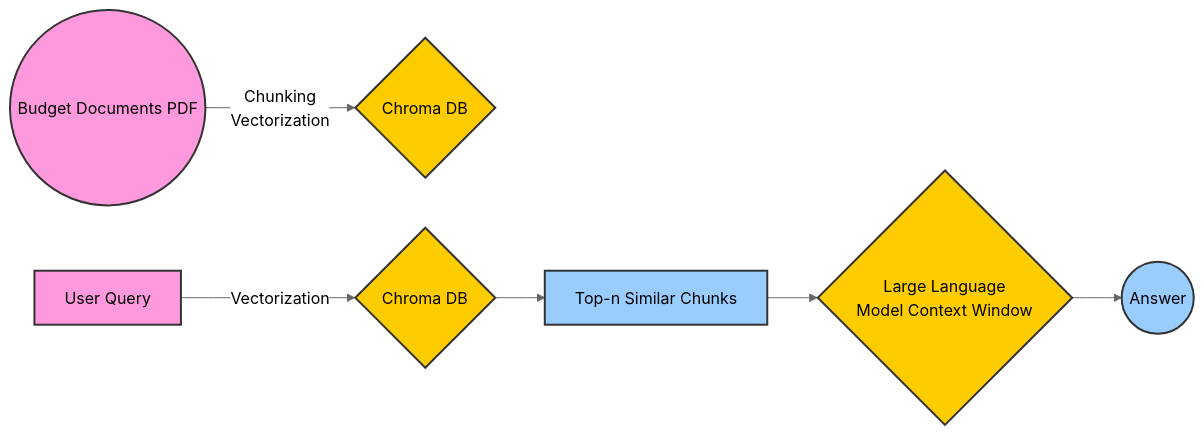
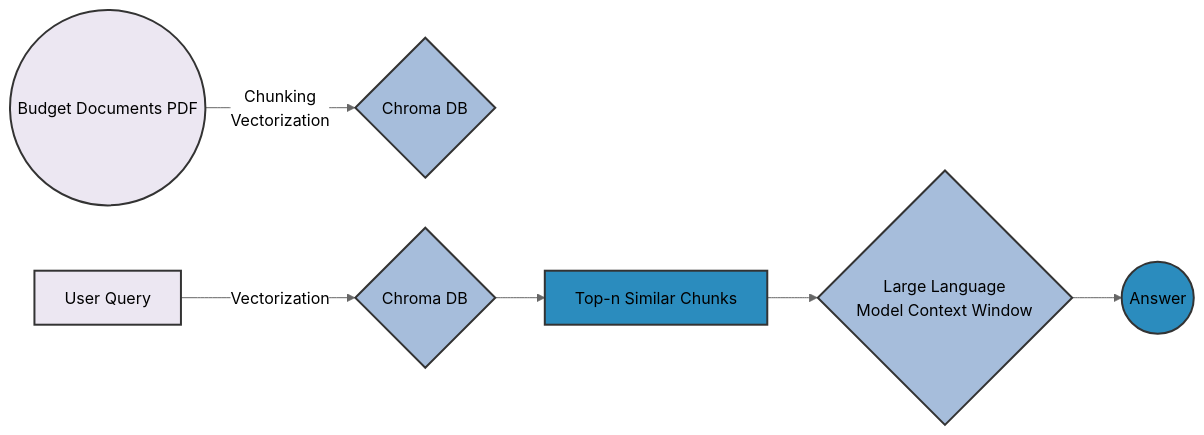
Before and after one commit to j-jayes/jonathanjayes.com: the diagram in posts/2023-07-05-langchain-demo/langchain-demo.qmd, drawn with Mermaid (neutral theme). The commit also changed other lines of this file and 7 other files, not shown here.

````diff
--- a/posts/2023-07-05-langchain-demo/langchain-demo.qmd
+++ b/posts/2023-07-05-langchain-demo/langchain-demo.qmd
@@ -40,16 +40,16 @@
 ```{mermaid}
 graph LR
     A((Budget Documents PDF)) -->|Chunking<br>Vectorization| B{Chroma DB}
     C[User Query] -->|Vectorization| D{Chroma DB}
     D --> E[Top-n Similar Chunks]
     E --> F{Large Language <br>Model Context Window}
     F --> G((Answer))
-    style A fill:#f9d,stroke:#333,stroke-width:2px
-    style B fill:#fc0,stroke:#333,stroke-width:2px
-    style C fill:#f9d,stroke:#333,stroke-width:2px
-    style D fill:#fc0,stroke:#333,stroke-width:2px
-    style E fill:#9cf,stroke:#333,stroke-width:2px
-    style F fill:#fc0,stroke:#333,stroke-width:2px
-    style G fill:#9cf,stroke:#333,stroke-width:2px
+    style A fill:#ece7f2,stroke:#333,stroke-width:2px
+    style B fill:#a6bddb,stroke:#333,stroke-width:2px
+    style C fill:#ece7f2,stroke:#333,stroke-width:2px
+    style D fill:#a6bddb,stroke:#333,stroke-width:2px
+    style E fill:#2b8cbe,stroke:#333,stroke-width:2px
+    style F fill:#a6bddb,stroke:#333,stroke-width:2px
+    style G fill:#2b8cbe,stroke:#333,stroke-width:2px
 
 ```
````
